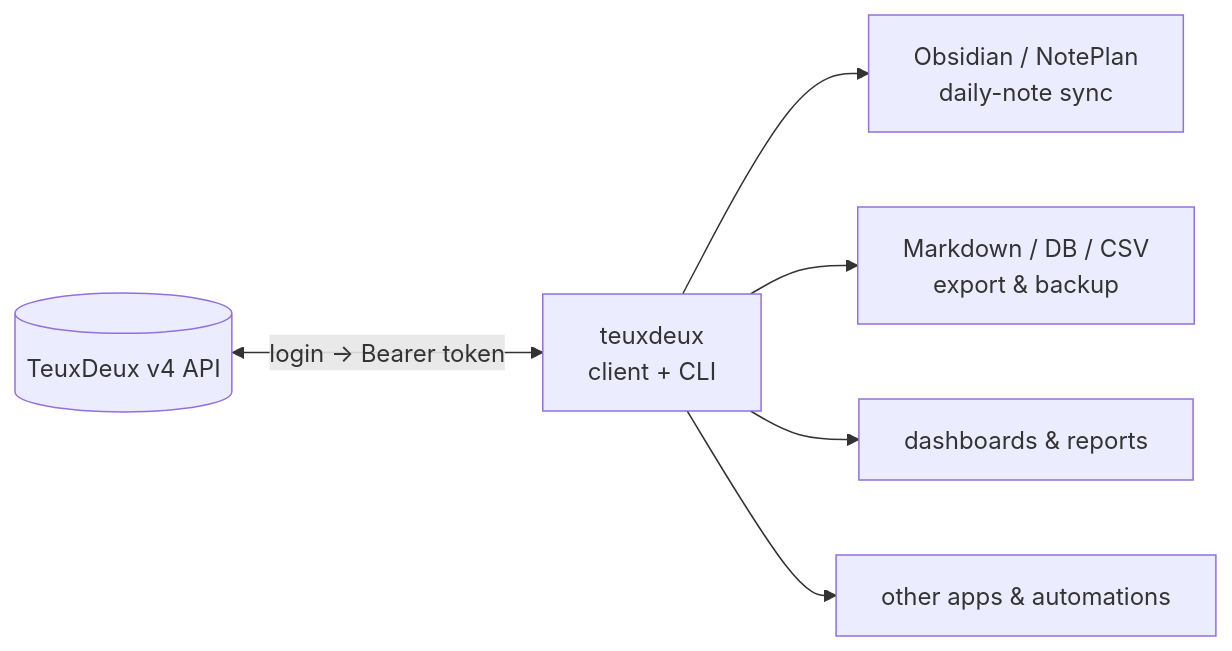
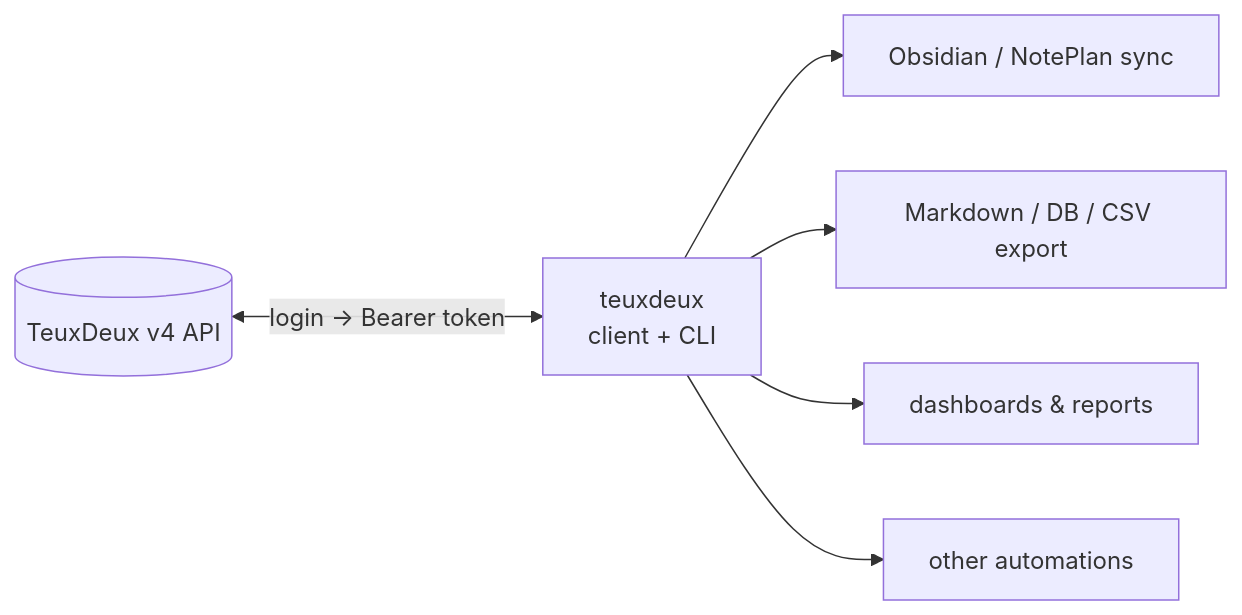
Before and after one commit to namtonthat/teuxdeux: the diagram in README.md, drawn with Mermaid. The commit also changed other lines of this file and 3 other files, not shown here.

````diff
--- a/README.md
+++ b/README.md
@@ -27,10 +16,10 @@
 ```mermaid
 graph LR
     TD[("TeuxDeux v4 API")]
     C["teuxdeux<br/>client + CLI"]
     TD <-->|"login → Bearer token"| C
-    C --> O["Obsidian / NotePlan<br/>daily-note sync"]
-    C --> B["Markdown / DB / CSV<br/>export & backup"]
+    C --> O["Obsidian / NotePlan sync"]
+    C --> B["Markdown / DB / CSV export"]
     C --> D["dashboards & reports"]
-    C --> X["other apps & automations"]
+    C --> X["other automations"]
 ```
````
